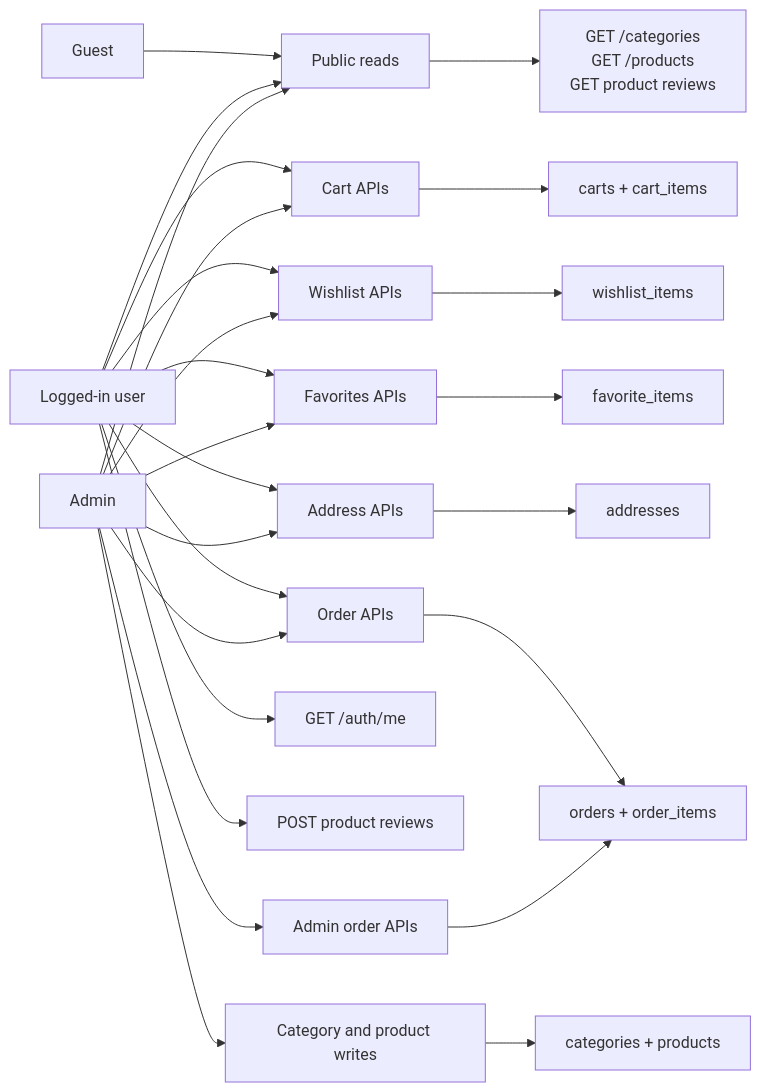
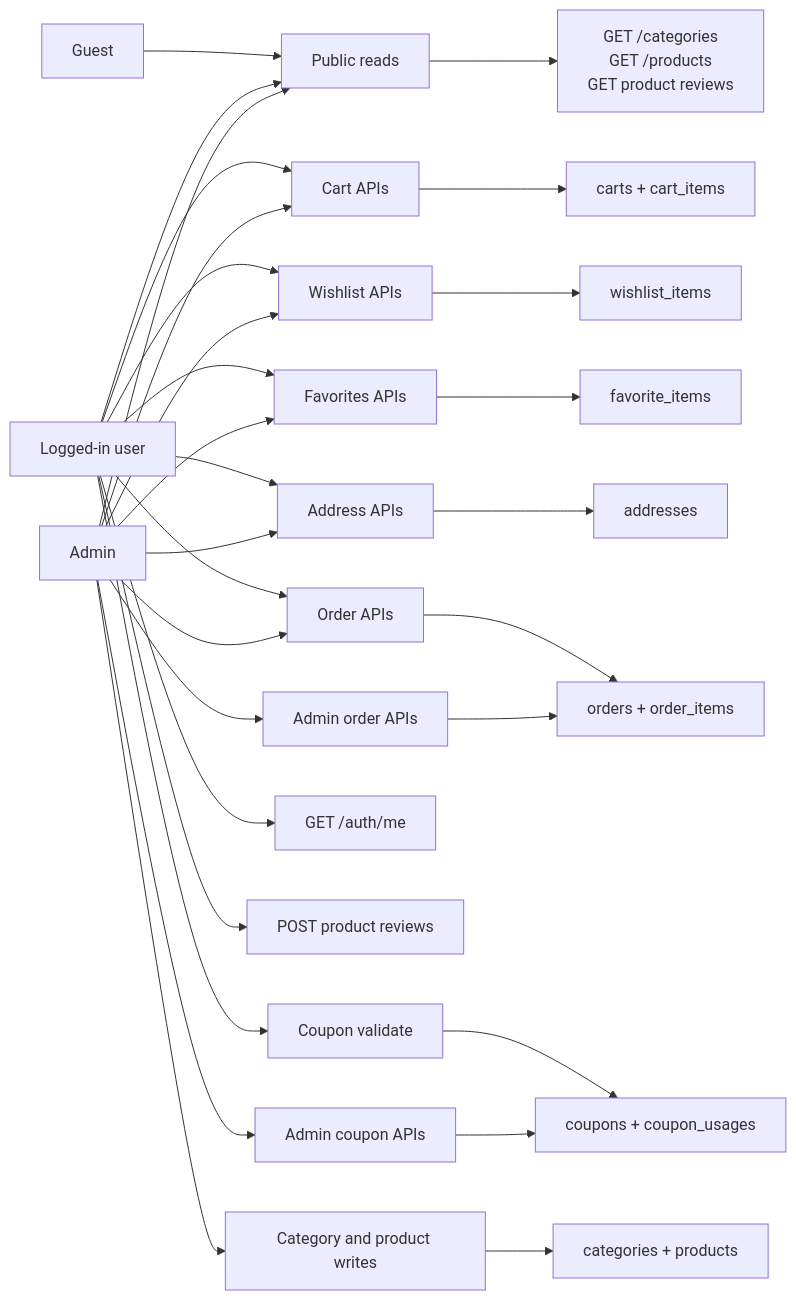
Before and after one commit to mahdi-code007/ecommerce-api-typescript: the sixth of 6 diagrams in README.md, drawn with Mermaid. The commit also changed other lines of this file and 21 other files, not shown here.

````diff
--- a/README.md
+++ b/README.md
@@ -599,29 +660,33 @@
 ```mermaid
 flowchart LR
   Guest["Guest"] --> Public["Public reads"]
   User["Logged-in user"] --> Public
   User --> CartAPI["Cart APIs"]
   User --> WishlistAPI["Wishlist APIs"]
   User --> FavoritesAPI["Favorites APIs"]
   User --> AddressAPI["Address APIs"]
   User --> OrderAPI["Order APIs"]
+  User --> CouponAPI["Coupon validate"]
   User --> Me["GET /auth/me"]
   User --> Reviews["POST product reviews"]
   Admin["Admin"] --> Public
   Admin --> CartAPI
   Admin --> WishlistAPI
   Admin --> FavoritesAPI
   Admin --> AddressAPI
   Admin --> OrderAPI
   Admin --> AdminOrders["Admin order APIs"]
+  Admin --> AdminCoupons["Admin coupon APIs"]
   Admin --> Writes["Category and product writes"]
 
   Public --> Catalog["GET /categories<br/>GET /products<br/>GET product reviews"]
   CartAPI --> CartTables["carts + cart_items"]
   WishlistAPI --> WishlistTable["wishlist_items"]
   FavoritesAPI --> FavoritesTable["favorite_items"]
   AddressAPI --> AddressTable["addresses"]
   OrderAPI --> OrderTables["orders + order_items"]
+  CouponAPI --> CouponTables["coupons + coupon_usages"]
+  AdminCoupons --> CouponTables
   AdminOrders --> OrderTables
   Writes --> CatalogTables["categories + products"]
 ```
````
